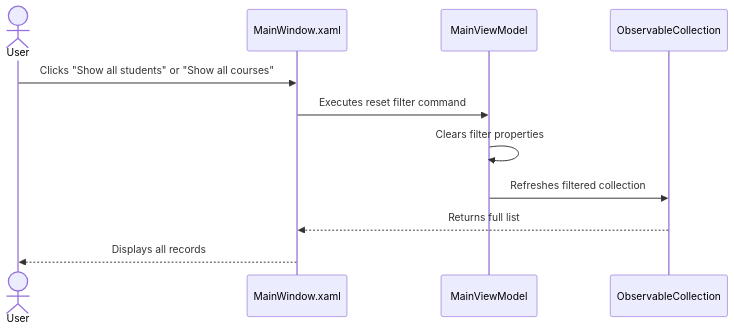
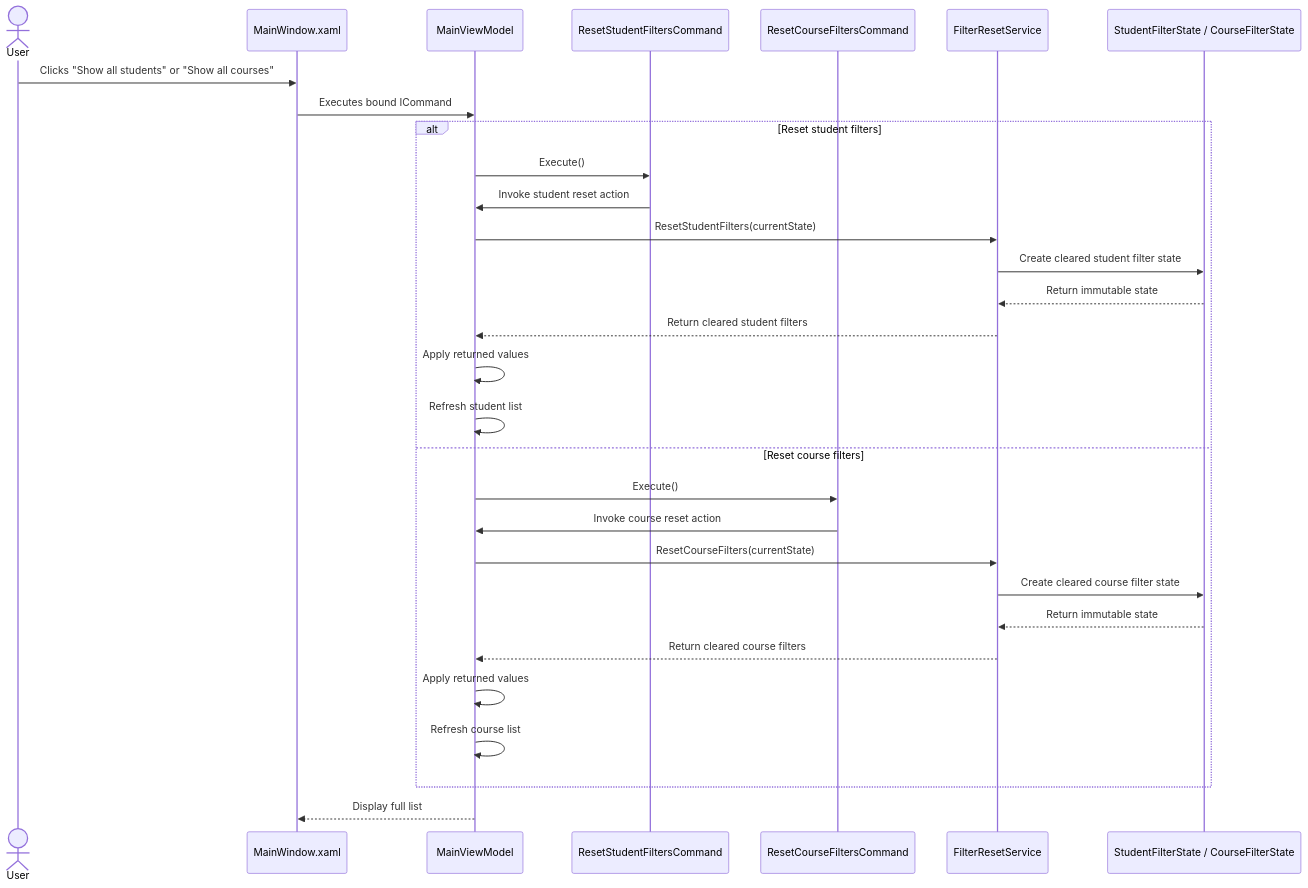
The diagram in docs/architecture/flow_reset_filters.md (Snortpickle/StudentRegistrationSystem_st84995), drawn with Mermaid before and after one commit. The commit also changed other lines of this file, not shown here.

Commit message:
flow_reset_filters.md
UPD

````diff
--- a/docs/architecture/flow_reset_filters.md
+++ b/docs/architecture/flow_reset_filters.md
@@ -3,14 +3,35 @@
 ```mermaid
 sequenceDiagram
     actor User
     participant View as MainWindow.xaml
     participant VM as MainViewModel
-    participant Data as ObservableCollection
+    participant StudentCommand as ResetStudentFiltersCommand
+    participant CourseCommand as ResetCourseFiltersCommand
+    participant Service as FilterResetService
+    participant State as StudentFilterState / CourseFilterState
 
     User->>View: Clicks "Show all students" or "Show all courses"
-    View->>VM: Executes reset filter command
-    VM->>VM: Clears filter properties
-    VM->>Data: Refreshes filtered collection
-    Data-->>View: Returns full list
-    View-->>User: Displays all records
+    View->>VM: Executes bound ICommand
+
+    alt Reset student filters
+        VM->>StudentCommand: Execute()
+        StudentCommand->>VM: Invoke student reset action
+        VM->>Service: ResetStudentFilters(currentState)
+        Service->>State: Create cleared student filter state
+        State-->>Service: Return immutable state
+        Service-->>VM: Return cleared student filters
+        VM->>VM: Apply returned values
+        VM->>VM: Refresh student list
+    else Reset course filters
+        VM->>CourseCommand: Execute()
+        CourseCommand->>VM: Invoke course reset action
+        VM->>Service: ResetCourseFilters(currentState)
+        Service->>State: Create cleared course filter state
+        State-->>Service: Return immutable state
+        Service-->>VM: Return cleared course filters
+        VM->>VM: Apply returned values
+        VM->>VM: Refresh course list
+    end
+
+    VM-->>View: Display full list
 ```
````
